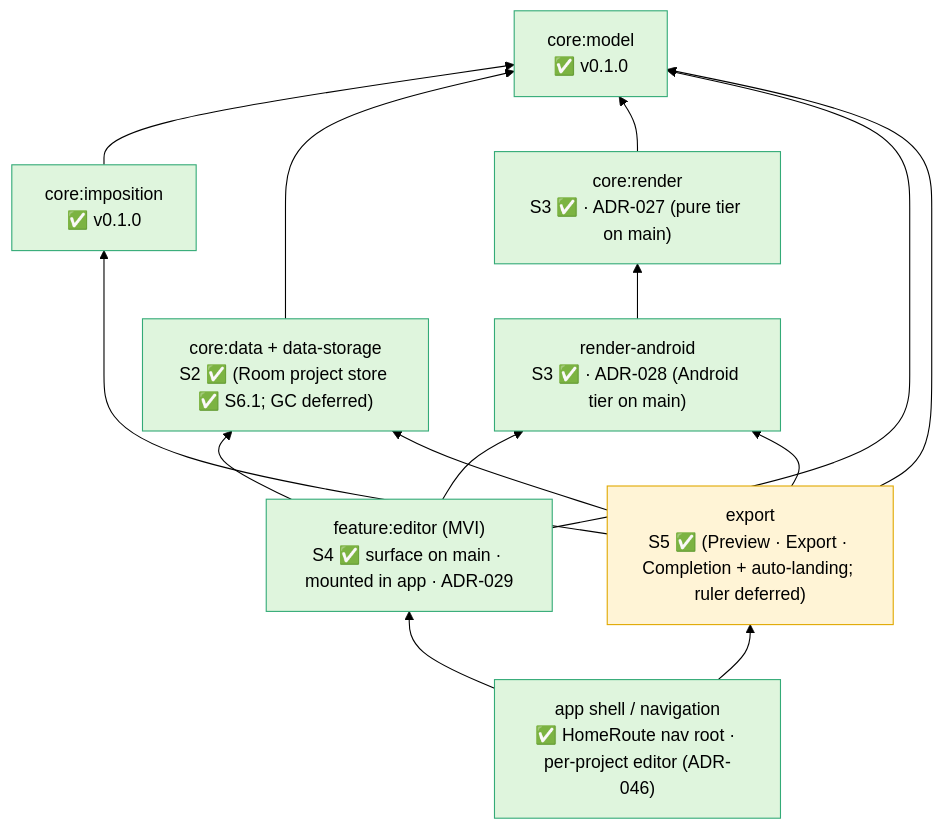
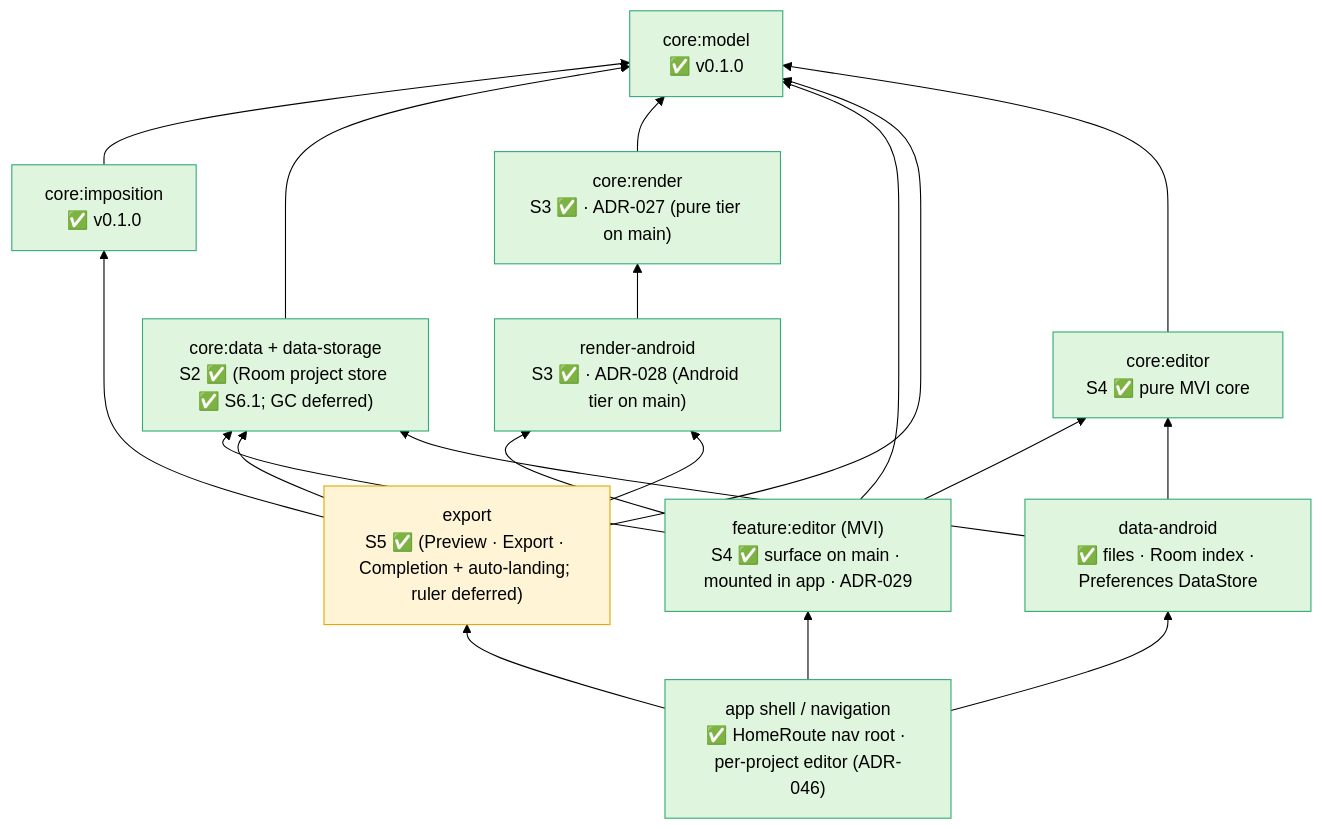
The ninth of 10 diagrams in docs/ARCHITECTURE.md (aritr-codes/zinely-android), drawn with Mermaid (forest theme) before and after one commit. The commit also changed other lines of this file and 7 other files, not shown here.

First line of the commit message:
docs(INK T11): ADR-138 built and reviewed, still Proposed; D-123; roadmap, changelog, architecture, checklist

````diff
--- a/docs/ARCHITECTURE.md
+++ b/docs/ARCHITECTURE.md
@@ -571,30 +571,37 @@
 ```mermaid
 flowchart BT
     model["core:model<br/>✅ v0.1.0"]
     imp["core:imposition<br/>✅ v0.1.0"]
     data["core:data + data-storage<br/>S2 ✅ (Room project store ✅ S6.1; GC deferred)"]
     render["core:render<br/>S3 ✅ · ADR-027 (pure tier on main)"]
     ra["render-android<br/>S3 ✅ · ADR-028 (Android tier on main)"]
     editor["feature:editor (MVI)<br/>S4 ✅ surface on main · mounted in app · ADR-029"]
     export["export<br/>S5 ✅ (Preview · Export · Completion + auto-landing; ruler deferred)"]
     app["app shell / navigation<br/>✅ HomeRoute nav root · per-project editor (ADR-046)"]
+    coreed["core:editor<br/>S4 ✅ pure MVI core"]
+    da["data-android<br/>✅ files · Room index · Preferences DataStore"]
 
     imp --> model
     data --> model
     render --> model
     ra --> render
     editor --> model
     editor --> data
     editor --> ra
     export --> model
     export --> imp
     export --> ra
     export --> data
     app --> editor
     app --> export
+    editor --> coreed
+    coreed --> model
+    da --> data
+    da --> coreed
+    app --> da
 
     classDef done fill:#dff5dd,stroke:#3a7;
     classDef next fill:#fff4d6,stroke:#e0a800;
-    class model,imp,data,render,ra,editor,app done;
+    class model,imp,data,render,ra,editor,app,coreed,da done;
     class export next;
 ```
````
